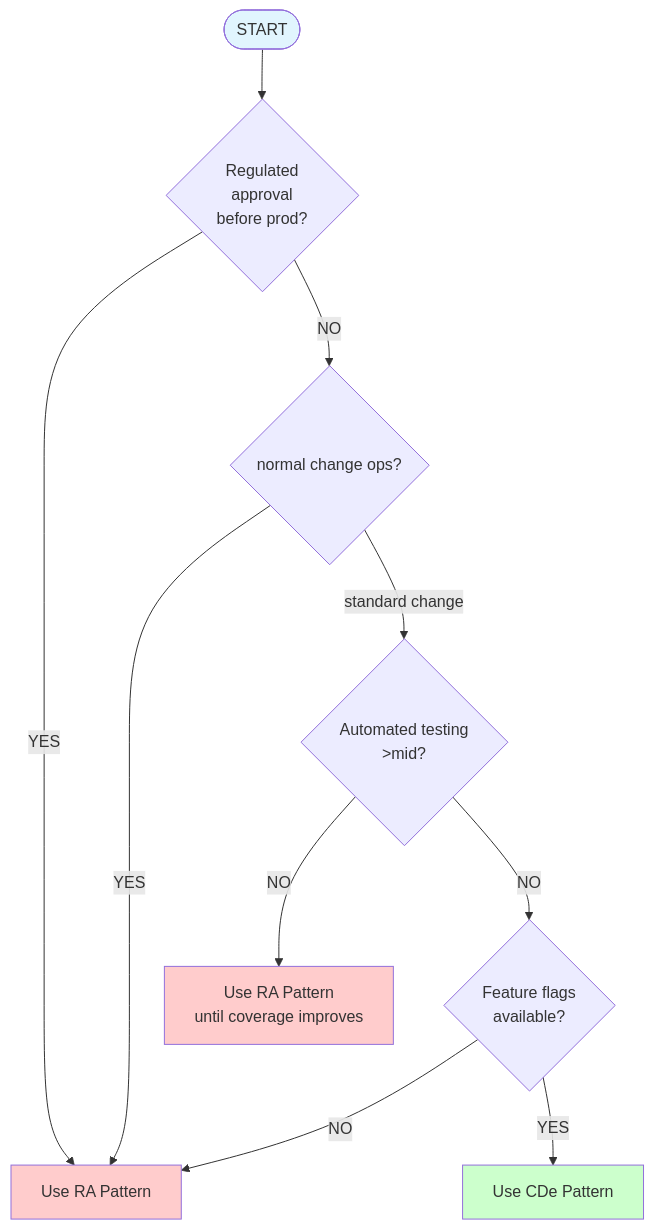
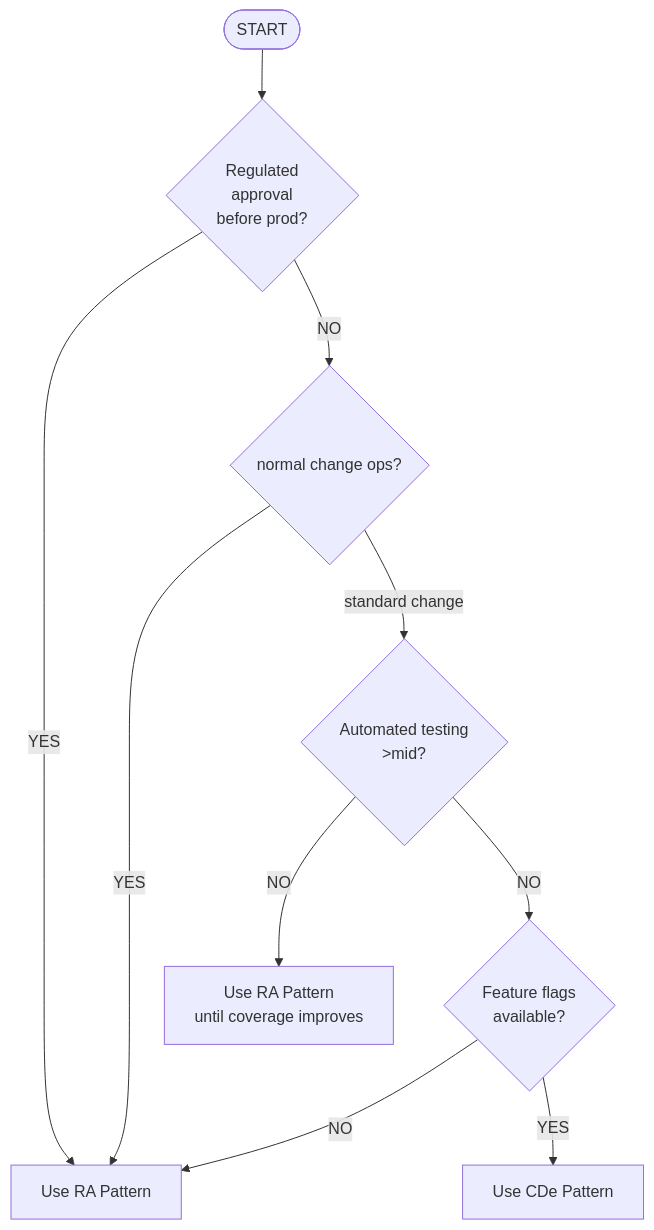
The diagram in docs/explanation/continuous-delivery/cd-model/implementation-patterns.md (ready-to-release/eac), drawn with Mermaid before and after one commit. The commit also changed 28 other files, not shown here.

````diff
--- a/docs/explanation/continuous-delivery/cd-model/implementation-patterns.md
+++ b/docs/explanation/continuous-delivery/cd-model/implementation-patterns.md
@@ -322,24 +322,20 @@
 ```mermaid
 flowchart TD
     Start([START])
     Q1{Regulated<br/>approval<br/>before prod?}
     Q2{normal change ops?}
     Q3{Automated testing<br/>>mid?}
     Q4{Feature flags<br/>available?}
     RA[Use RA Pattern]
     RANote[Use RA Pattern<br/>until coverage improves]
     CDe[Use CDe Pattern]
     Start --> Q1
     Q1 -->|YES| RA
     Q1 -->|NO| Q2
     Q2 -->|YES| RA
     Q2 -->|standard change| Q3
     Q3 -->|NO| RANote
     Q3 -->|NO| Q4
     Q4 -->|NO| RA
     Q4 -->|YES| CDe
-    style RA fill:#ffcccc
-    style RANote fill:#ffcccc
-    style CDe fill:#ccffcc
-    style Start fill:#e1f5fe
 ```
````
